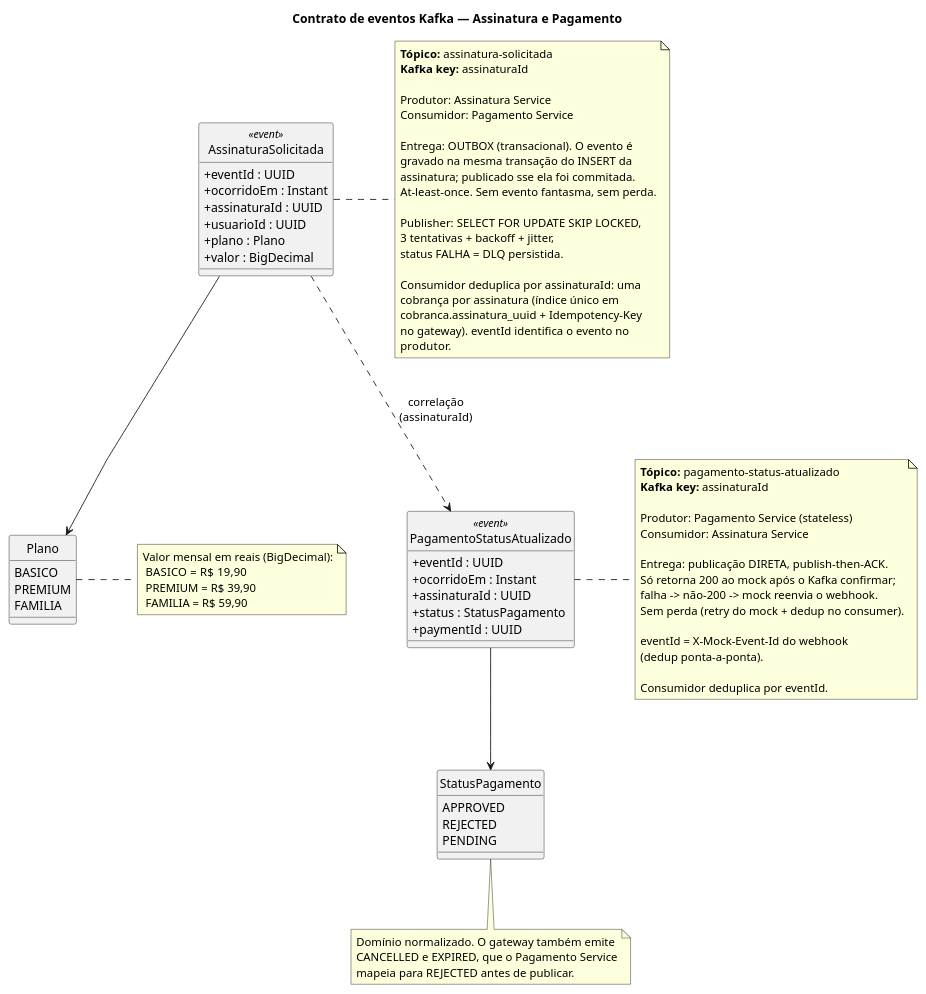
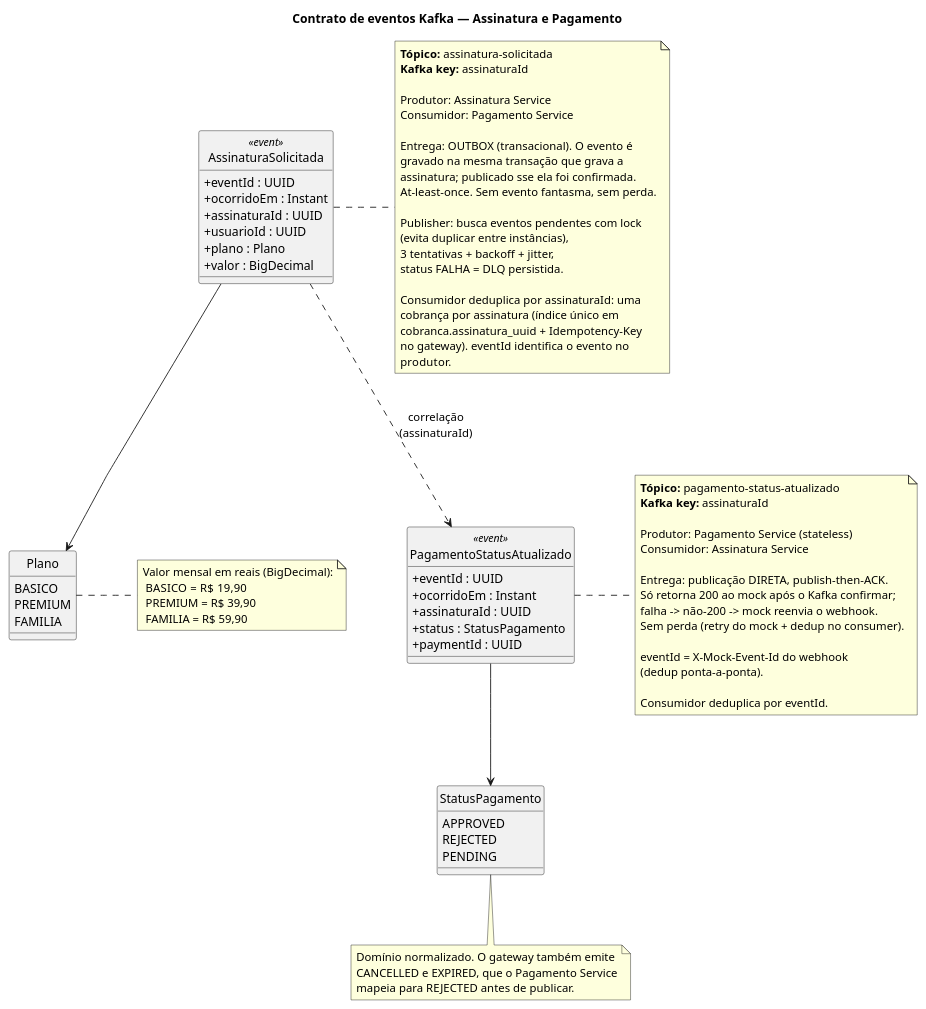
The diagram in docs/contratos/contrato-eventos-kafka.puml (fabriciosouza21/assinatura), drawn with PlantUML before and after one commit. The commit also changed 18 other files, not shown here.

First line of the commit message:
docs: sincroniza diagramas plantuml com a implementacao atual

```diff
--- a/docs/contratos/contrato-eventos-kafka.puml
+++ b/docs/contratos/contrato-eventos-kafka.puml
@@ -1,97 +1,98 @@
 @startuml
 title Contrato de eventos Kafka — Assinatura e Pagamento
 
 hide circle
 skinparam classAttributeIconSize 0
 skinparam linetype polyline
 skinparam nodesep 70
 skinparam ranksep 80
 
 class AssinaturaSolicitada <<event>> {
   + eventId : UUID
   + ocorridoEm : Instant
   + assinaturaId : UUID
   + usuarioId : UUID
   + plano : Plano
   + valor : BigDecimal
 }
 
 class PagamentoStatusAtualizado <<event>> {
   + eventId : UUID
   + ocorridoEm : Instant
   + assinaturaId : UUID
   + status : StatusPagamento
   + paymentId : UUID
 }
 
 enum Plano {
   BASICO
   PREMIUM
   FAMILIA
 }
 
 enum StatusPagamento {
   APPROVED
   REJECTED
   PENDING
 }
 
 AssinaturaSolicitada ..> PagamentoStatusAtualizado : correlação\n(assinaturaId)
 AssinaturaSolicitada --> Plano
 PagamentoStatusAtualizado --> StatusPagamento
 
 note right of Plano
   Valor mensal em reais (BigDecimal):
    BASICO  = R$ 19,90
    PREMIUM = R$ 39,90
    FAMILIA = R$ 59,90
 end note
 
 note right of AssinaturaSolicitada
   **Tópico:** assinatura-solicitada
   **Kafka key:** assinaturaId
 
   Produtor: Assinatura Service
   Consumidor: Pagamento Service
 
   Entrega: OUTBOX (transacional). O evento é
-  gravado na mesma transação do INSERT da
-  assinatura; publicado sse ela foi commitada.
+  gravado na mesma transação que grava a
+  assinatura; publicado sse ela foi confirmada.
   At-least-once. Sem evento fantasma, sem perda.
 
-  Publisher: SELECT FOR UPDATE SKIP LOCKED,
+  Publisher: busca eventos pendentes com lock
+  (evita duplicar entre instâncias),
   3 tentativas + backoff + jitter,
   status FALHA = DLQ persistida.
 
   Consumidor deduplica por assinaturaId: uma
   cobrança por assinatura (índice único em
   cobranca.assinatura_uuid + Idempotency-Key
   no gateway). eventId identifica o evento no
   produtor.
 end note
 
 note right of PagamentoStatusAtualizado
   **Tópico:** pagamento-status-atualizado
   **Kafka key:** assinaturaId
 
   Produtor: Pagamento Service (stateless)
   Consumidor: Assinatura Service
 
   Entrega: publicação DIRETA, publish-then-ACK.
   Só retorna 200 ao mock após o Kafka confirmar;
   falha -> não-200 -> mock reenvia o webhook.
   Sem perda (retry do mock + dedup no consumer).
 
   eventId = X-Mock-Event-Id do webhook
   (dedup ponta-a-ponta).
 
   Consumidor deduplica por eventId.
 end note
 
 note bottom of StatusPagamento
   Domínio normalizado. O gateway também emite
   CANCELLED e EXPIRED, que o Pagamento Service
   mapeia para REJECTED antes de publicar.
 end note
 
 @enduml
```
